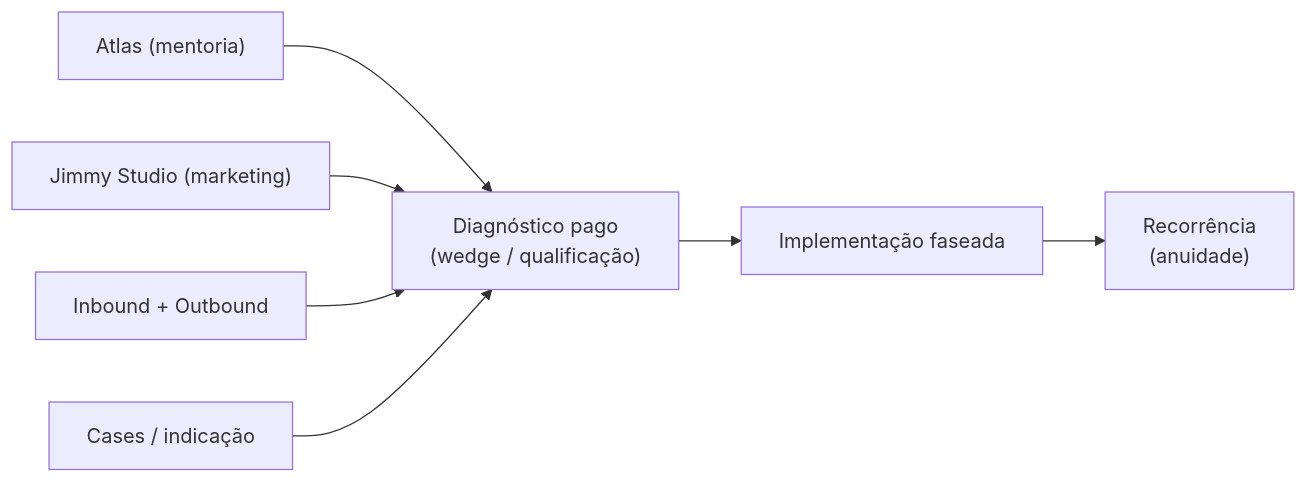
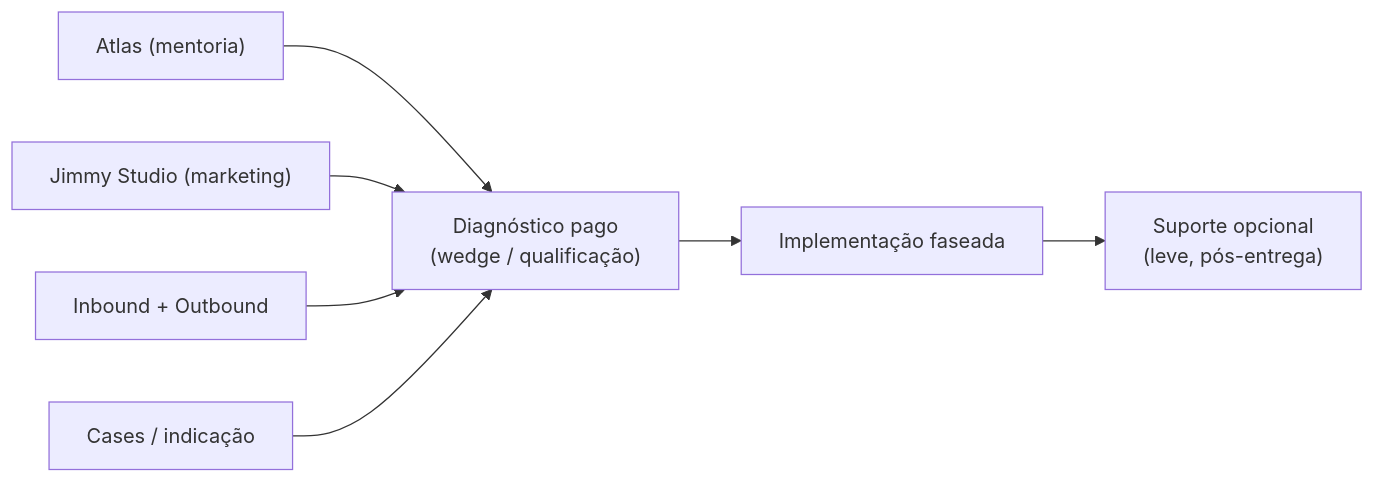
One commit to Trivia-Growth/Trivia-Obsidian changed the second of 3 diagrams in Clientes/Trivia/Projeto Trívia OS/Trívia OS - Plano de Negocio e GTM.md. Above: the diagram before and after it, drawn with Mermaid. The commit also changed other lines of this file and 3 other files, not shown here.

````diff
--- a/Clientes/Trivia/Projeto Trívia OS/Trívia OS - Plano de Negocio e GTM.md
+++ b/Clientes/Trivia/Projeto Trívia OS/Trívia OS - Plano de Negocio e GTM.md
@@ -281,9 +283,9 @@
 ```mermaid
 flowchart LR
     ATLAS["Atlas (mentoria)"] --> DIAG
     JIMMY["Jimmy Studio (marketing)"] --> DIAG
     INBOUND["Inbound + Outbound"] --> DIAG
     CASES["Cases / indicação"] --> DIAG
     DIAG["Diagnóstico pago<br/>(wedge / qualificação)"] --> IMPL["Implementação faseada"]
-    IMPL --> REC["Recorrência<br/>(anuidade)"]
+    IMPL --> SUP["Suporte opcional<br/>(leve, pós-entrega)"]
 ```
````
